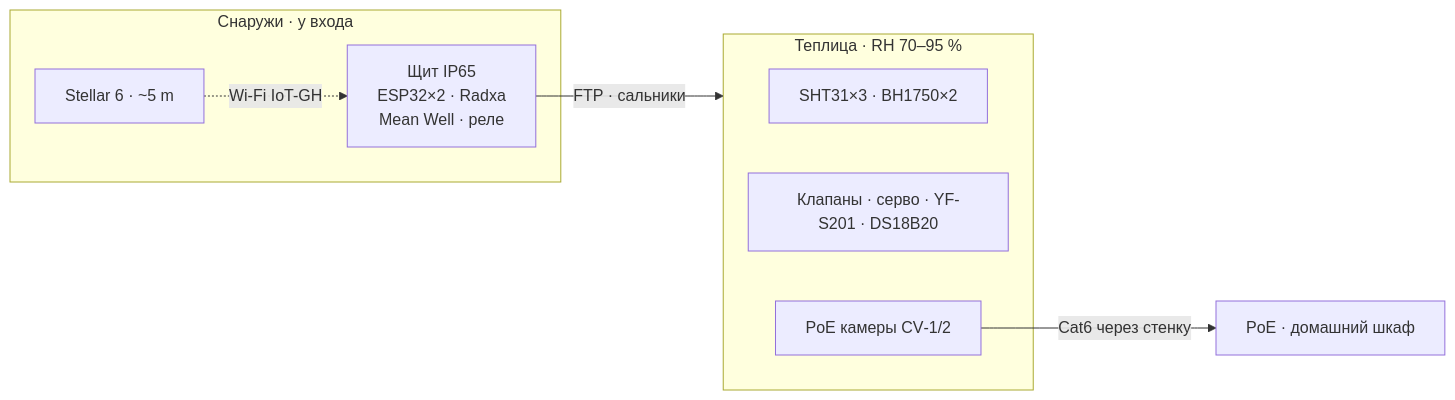
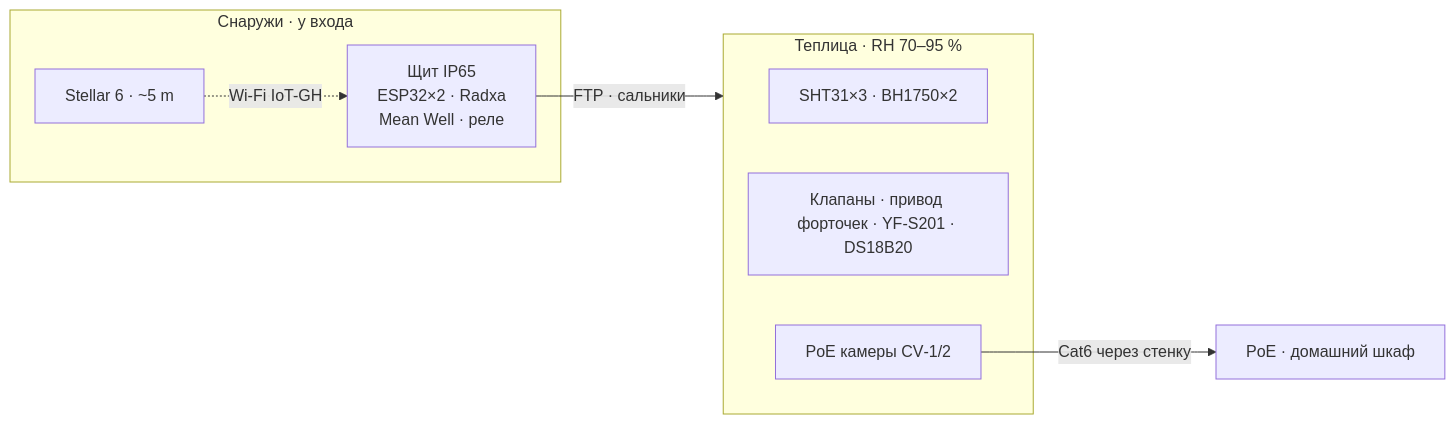
Before and after one commit to TiunovNN/smart-greenhouse: the first of 5 diagrams in docs/03-greenhouse-installation.md, drawn with Mermaid. The commit also changed other lines of this file and 8 other files, not shown here.

````diff
--- a/docs/03-greenhouse-installation.md
+++ b/docs/03-greenhouse-installation.md
@@ -15,15 +15,15 @@
 ```mermaid
 flowchart LR
   subgraph outdoor["Снаружи · у входа"]
     SHIELD["Щит IP65<br/>ESP32×2 · Radxa<br/>Mean Well · реле"]
     MESH["Stellar 6 · ~5 m"]
   end
   subgraph inside["Теплица · RH 70–95 %"]
     SHT["SHT31×3 · BH1750×2"]
-    ACT["Клапаны · серво · YF-S201 · DS18B20"]
+    ACT["Клапаны · привод форточек · YF-S201 · DS18B20"]
     CAM["PoE камеры CV‑1/2"]
   end
   SHIELD -->|"FTP · сальники"| inside
   CAM -->|"Cat6 через стенку"| POE["PoE · домашний шкаф"]
   MESH -.->|"Wi‑Fi IoT-GH"| SHIELD
 ```
````
